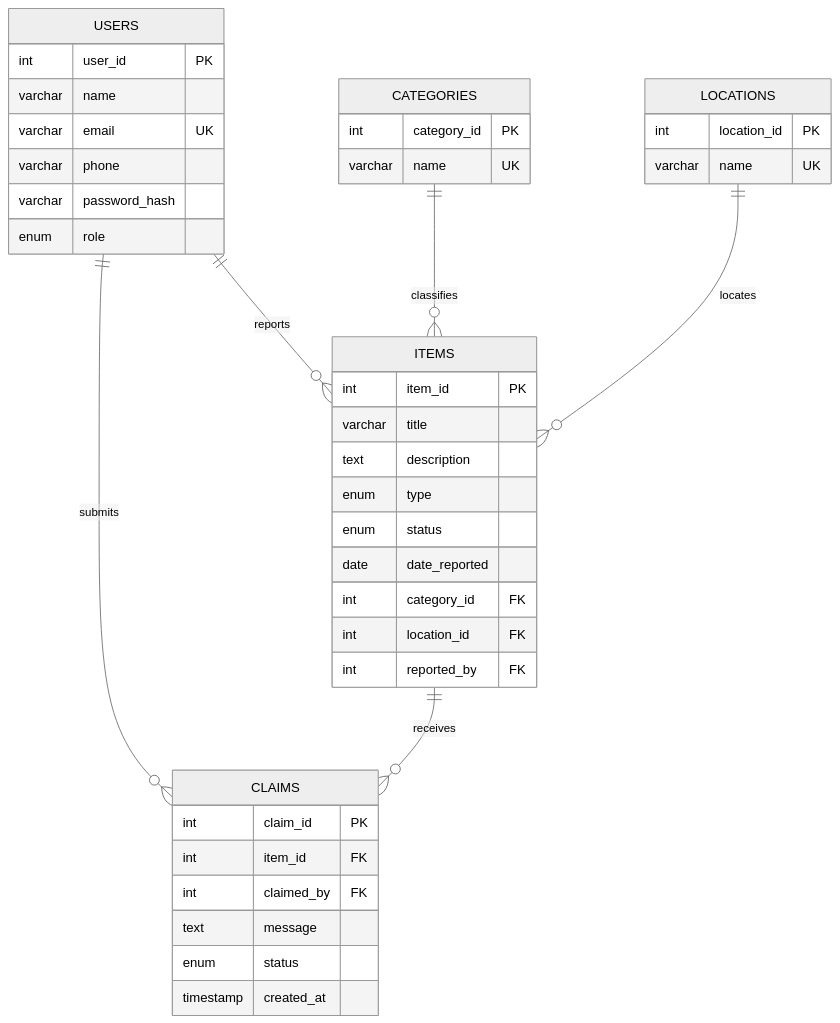
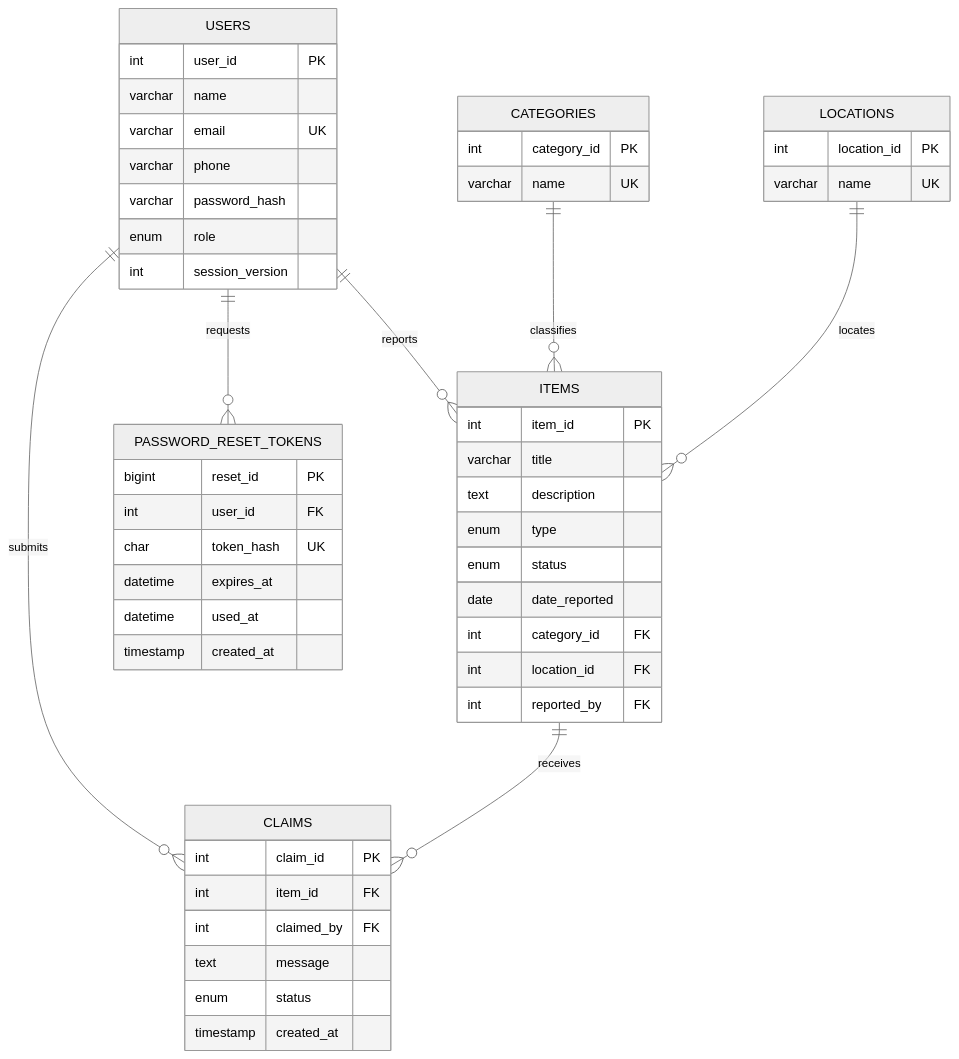
The diagram in database/ER-diagram.md (Maheqbin372/lostfound-node), drawn with Mermaid (neutral theme) before and after one commit. The commit also changed other lines of this file and 11 other files, not shown here.

````diff
--- a/database/ER-diagram.md
+++ b/database/ER-diagram.md
@@ -3,44 +3,54 @@
 ```mermaid
 erDiagram
     USERS ||--o{ ITEMS : reports
     USERS ||--o{ CLAIMS : submits
+    USERS ||--o{ PASSWORD_RESET_TOKENS : requests
     CATEGORIES ||--o{ ITEMS : classifies
     LOCATIONS ||--o{ ITEMS : locates
     ITEMS ||--o{ CLAIMS : receives
 
     USERS {
         int user_id PK
         varchar name
         varchar email UK
         varchar phone
         varchar password_hash
         enum role
+        int session_version
     }
     CATEGORIES {
         int category_id PK
         varchar name UK
     }
     LOCATIONS {
         int location_id PK
         varchar name UK
     }
     ITEMS {
         int item_id PK
         varchar title
         text description
         enum type
         enum status
         date date_reported
         int category_id FK
         int location_id FK
         int reported_by FK
     }
     CLAIMS {
         int claim_id PK
         int item_id FK
         int claimed_by FK
         text message
         enum status
         timestamp created_at
     }
+    PASSWORD_RESET_TOKENS {
+        bigint reset_id PK
+        int user_id FK
+        char token_hash UK
+        datetime expires_at
+        datetime used_at
+        timestamp created_at
+    }
 ```
````
